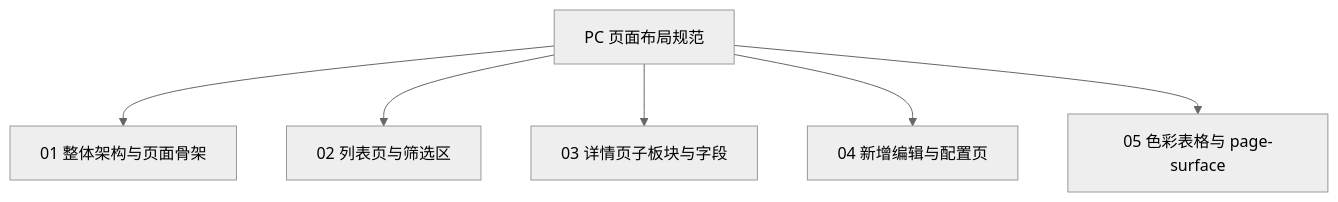
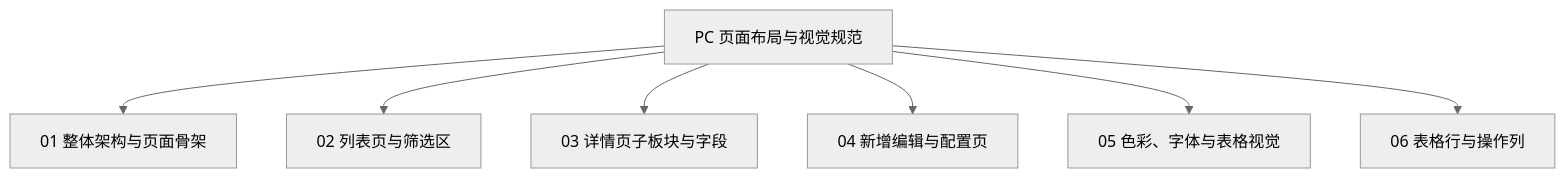
The diagram in 03-前端原型demo/样式规范- PC端/README.md (RobertHuang999/SYZC), drawn with Mermaid (neutral theme) before and after one commit. The commit also changed other lines of this file and 81 other files, not shown here.

````diff
--- a/03-前端原型demo/样式规范- PC端/README.md
+++ b/03-前端原型demo/样式规范- PC端/README.md
@@ -14,9 +51,10 @@
 ```mermaid
 graph TD
-  PCSpec[PC 页面布局规范]
+  PCSpec[PC 页面布局与视觉规范]
   PCSpec --> S1[01 整体架构与页面骨架]
   PCSpec --> S2[02 列表页与筛选区]
   PCSpec --> S3[03 详情页子板块与字段]
   PCSpec --> S4[04 新增编辑与配置页]
-  PCSpec --> S5[05 色彩表格与 page-surface]
+  PCSpec --> S5[05 色彩、字体与表格视觉]
+  PCSpec --> S6[06 表格行与操作列]
 ```
````
